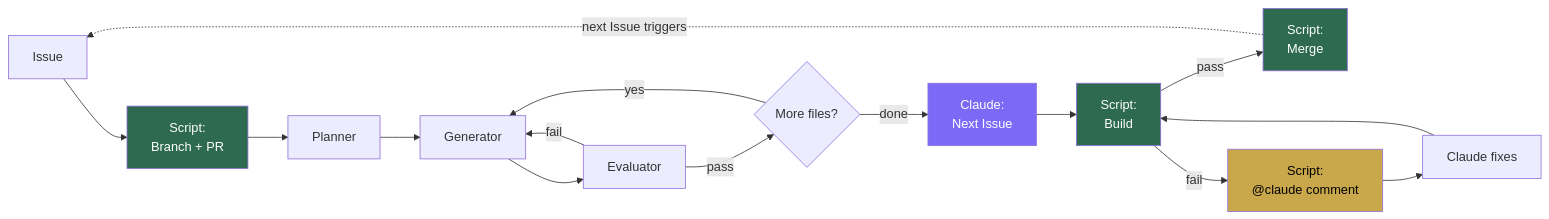
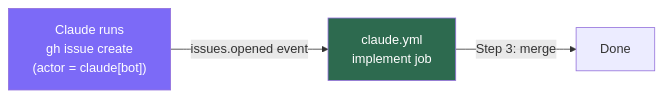
Before and after one commit to RyutoYoda/claude-continuous-loop: the second of 4 diagrams in docs/architecture.md, drawn with Mermaid. The commit also changed other lines of this file, not shown here.

First line of the commit message:
docs: Rewrite architecture with full execution detail

````diff
--- a/docs/architecture.md
+++ b/docs/architecture.md
@@ -5,23 +78,8 @@
 ```mermaid
 flowchart LR
-    A[Issue] --> B["Script:<br/>Branch + PR"]
-    B --> C[Planner]
-    C --> D[Generator]
-    D --> E[Evaluator]
-    E -->|fail| D
-    E -->|pass| F{"More files?"}
-    F -->|yes| D
-    F -->|done| G["Claude:<br/>Next Issue"]
-    G --> H["Script:<br/>Build"]
-    H -->|pass| I["Script:<br/>Merge"]
-    H -->|fail| J["Script:<br/>@claude comment"]
-    J --> K[Claude fixes]
-    K --> H
-    I -.->|"next Issue triggers"| A
+    A["Claude runs<br/>gh issue create<br/>(actor = claude[bot])"] -->|"issues.opened event"| B["claude.yml<br/>implement job"]
+    B -->|"Step 3: merge"| C[Done]
 
+    style A fill:#7c6af7,color:#fff
     style B fill:#2d6a4f,color:#fff
-    style H fill:#2d6a4f,color:#fff
-    style I fill:#2d6a4f,color:#fff
-    style J fill:#c9a84c,color:#000
-    style G fill:#7c6af7,color:#fff
 ```
````
